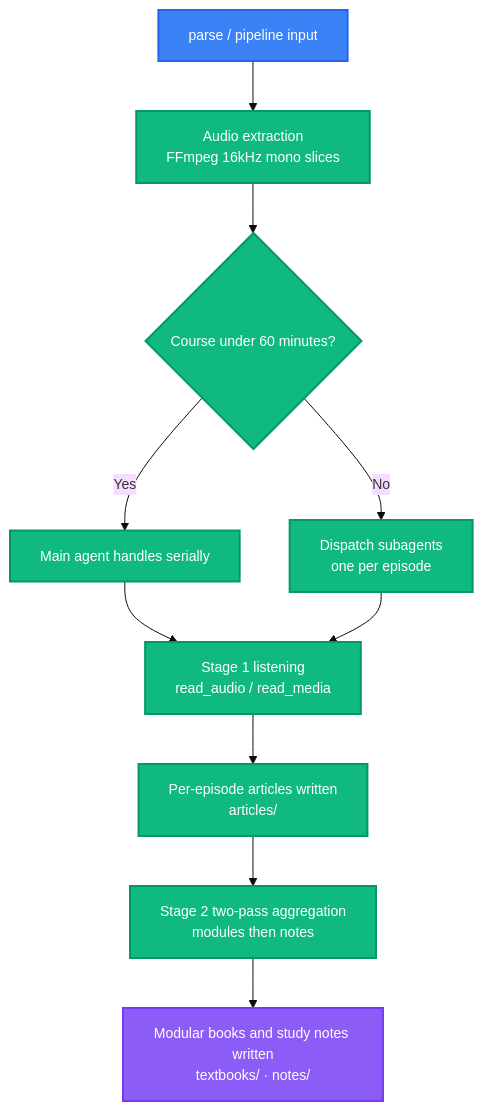
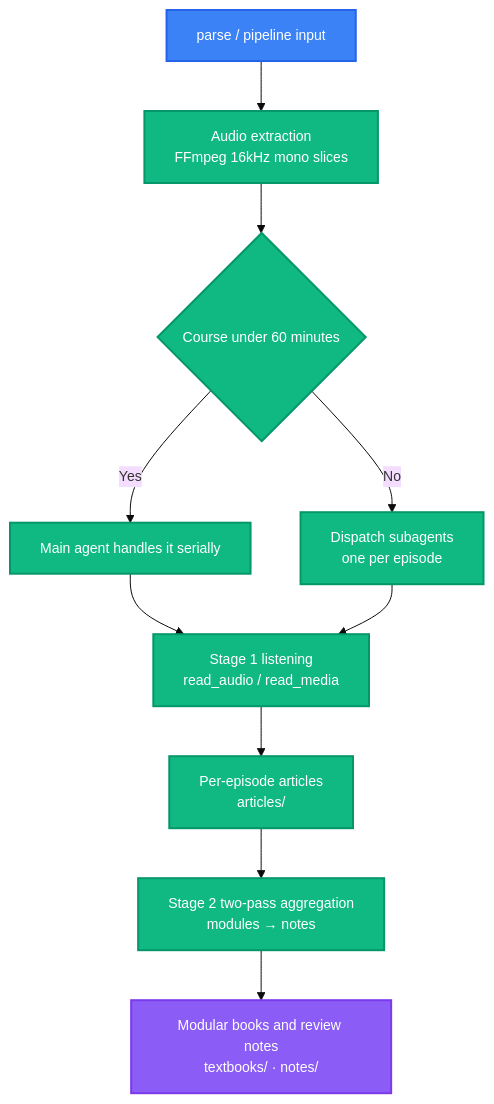
One commit to LINJIANG12/bili-video2book changed the diagram in README.en.md. Above: the diagram before and after it, drawn with Mermaid. The commit also changed other lines of this file and 1 other file, not shown here.

````diff
--- a/README.en.md
+++ b/README.en.md
@@ -140,22 +169,22 @@
 ```mermaid
 %%{init: {'theme': 'base', 'themeVariables': {'fontSize': '14px'}}}%%
 flowchart TD
     A[parse / pipeline input] --> B[Audio extraction<br/>FFmpeg 16kHz mono slices]
-    B --> C{Course under 60 minutes?}
-    C -->|Yes| D[Main agent handles serially]
+    B --> C{Course under 60 minutes}
+    C -->|Yes| D[Main agent handles it serially]
     C -->|No| E[Dispatch subagents<br/>one per episode]
     D --> F[Stage 1 listening<br/>read_audio / read_media]
     E --> F
-    F --> G[Per-episode articles written<br/>articles/]
-    G --> H[Stage 2 two-pass aggregation<br/>modules then notes]
-    H --> I[Modular books and study notes written<br/>textbooks/ · notes/]
+    F --> G[Per-episode articles<br/>articles/]
+    G --> H[Stage 2 two-pass aggregation<br/>modules → notes]
+    H --> I[Modular books and review notes<br/>textbooks/ · notes/]
 
     classDef start fill:#3B82F6,stroke:#2563EB,color:#fff,stroke-width:2px
     classDef process fill:#10B981,stroke:#059669,color:#fff,stroke-width:2px
     classDef decision fill:#F59E0B,stroke:#D97706,color:#fff,stroke-width:2px
     classDef data fill:#8B5CF6,stroke:#7C3AED,color:#fff,stroke-width:2px
 
     class A start
     class B,C,D,E,F,G,H process
     class I data
 ```
````
